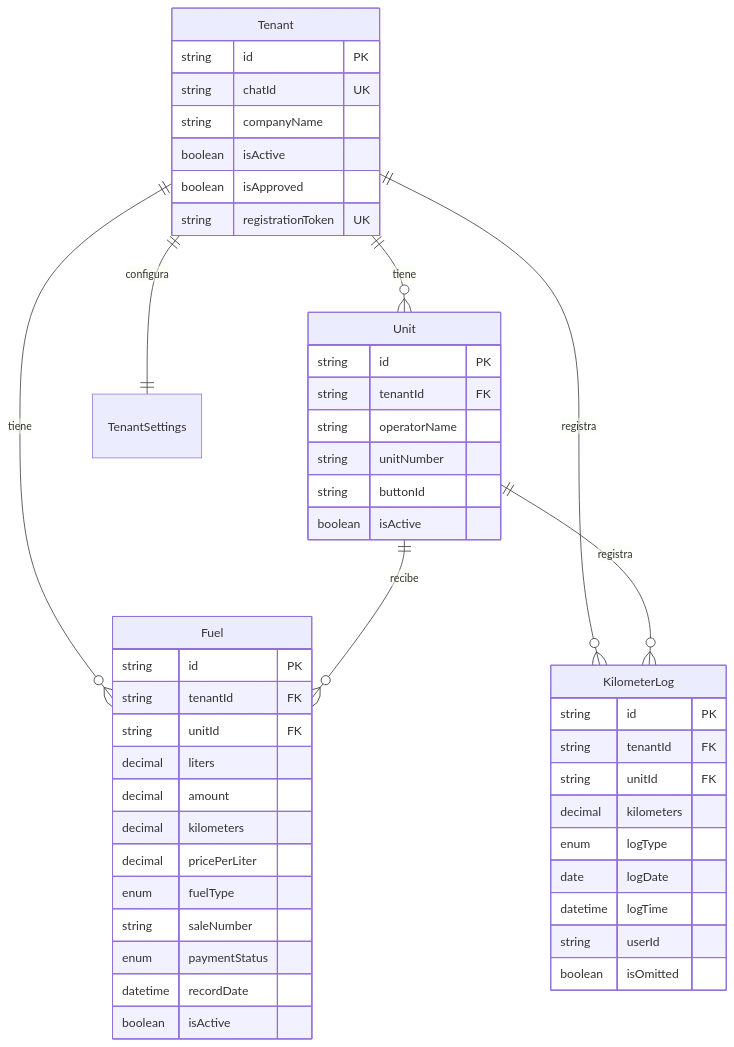
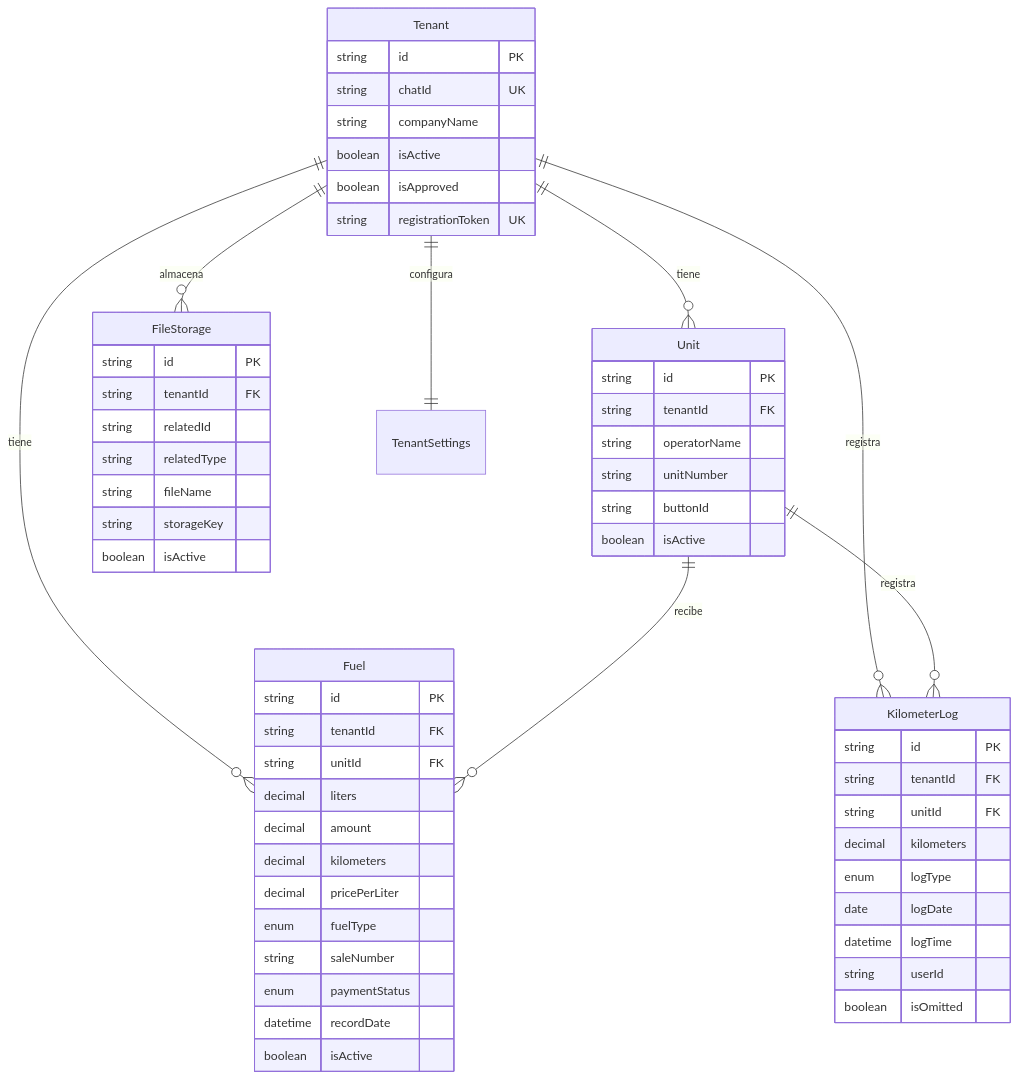
Before and after one commit to Fechomap/cargas-gas: the diagram in README.md, drawn with Mermaid. The commit also changed other lines of this file and 1 other file, not shown here.

````diff
--- a/README.md
+++ b/README.md
@@ -190,54 +234,65 @@
 ```mermaid
 erDiagram
     Tenant ||--o{ Unit : tiene
     Tenant ||--o{ Fuel : tiene
     Tenant ||--o{ KilometerLog : registra
+    Tenant ||--o{ FileStorage : almacena
     Tenant ||--|| TenantSettings : configura
     Unit ||--o{ Fuel : recibe
     Unit ||--o{ KilometerLog : registra
     
     Tenant {
         string id PK
         string chatId UK
         string companyName
         boolean isActive
         boolean isApproved
         string registrationToken UK
     }
     
     Unit {
         string id PK
         string tenantId FK
         string operatorName
         string unitNumber
         string buttonId
         boolean isActive
     }
     
     Fuel {
         string id PK
         string tenantId FK
         string unitId FK
         decimal liters
         decimal amount
         decimal kilometers
         decimal pricePerLiter
         enum fuelType
         string saleNumber
         enum paymentStatus
         datetime recordDate
         boolean isActive
     }
     
     KilometerLog {
         string id PK
         string tenantId FK
         string unitId FK
         decimal kilometers
         enum logType
         date logDate
         datetime logTime
         string userId
         boolean isOmitted
     }
+    
+    FileStorage {
+        string id PK
+        string tenantId FK
+        string relatedId
+        string relatedType
+        string fileName
+        string storageKey
+        boolean isActive
+    }
 ```
````
